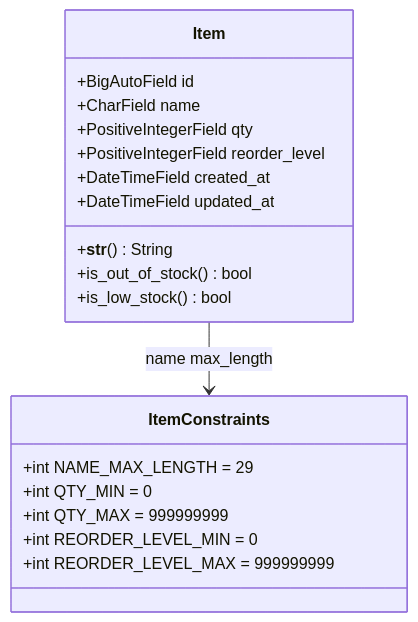
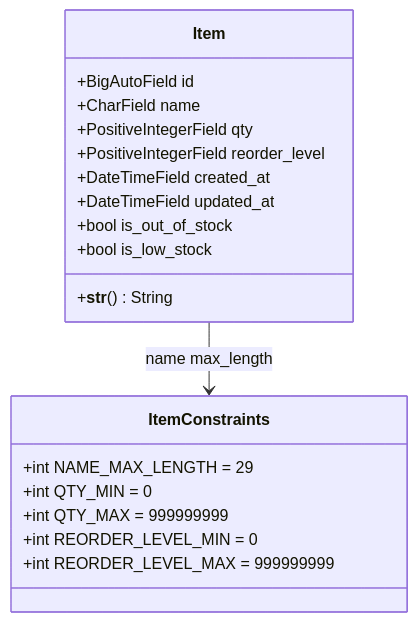
One commit to jmtoniolo/w26-se-project changed the first of 4 diagrams in diagrams/class-diagrams.md. Above: the diagram before and after it, drawn with Mermaid. The commit also changed other lines of this file, not shown here.

Commit message:
more diagram fix

````diff
--- a/diagrams/class-diagrams.md
+++ b/diagrams/class-diagrams.md
@@ -7,24 +7,24 @@
 ```mermaid
 classDiagram
     class Item {
         +BigAutoField id
         +CharField name
         +PositiveIntegerField qty
         +PositiveIntegerField reorder_level
         +DateTimeField created_at
         +DateTimeField updated_at
+        +bool is_out_of_stock
+        +bool is_low_stock
         +__str__() String
-        +is_out_of_stock() bool
-        +is_low_stock() bool
     }
 
     class ItemConstraints {
         +int NAME_MAX_LENGTH = 29
         +int QTY_MIN = 0
         +int QTY_MAX = 999999999
         +int REORDER_LEVEL_MIN = 0
         +int REORDER_LEVEL_MAX = 999999999
     }
 
     Item --> ItemConstraints : name max_length
 ```
````
